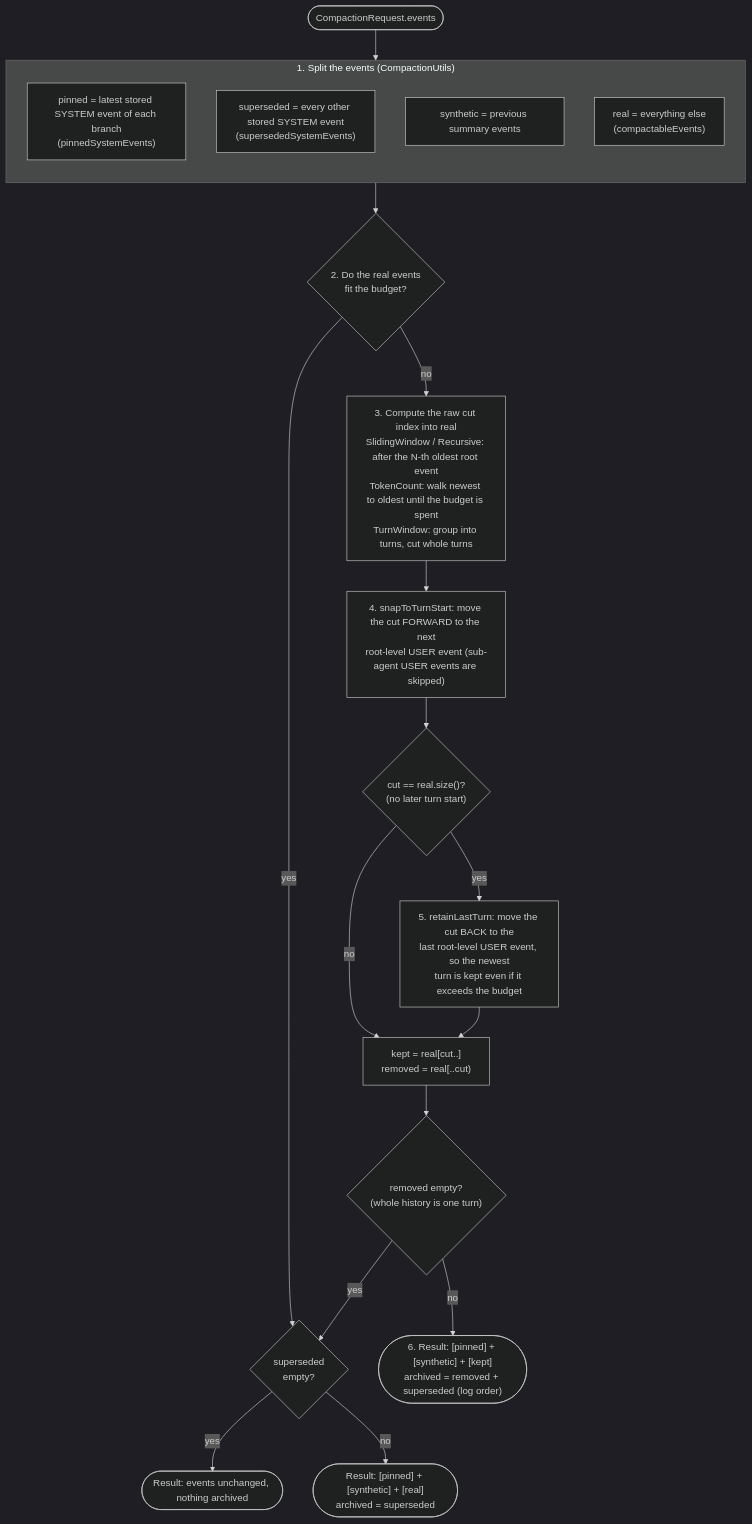
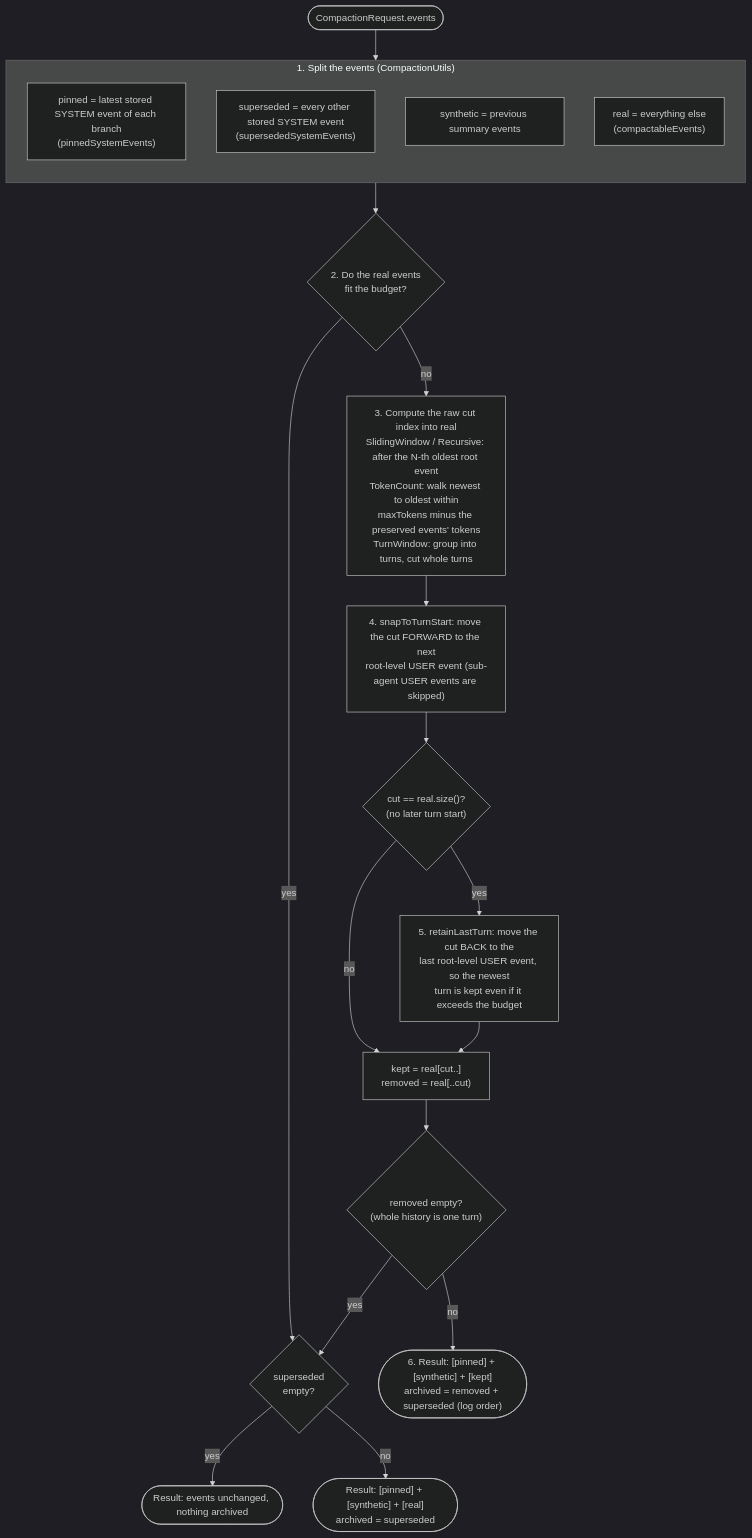
One commit to spring-ai-community/spring-ai-session changed the fifth of 7 diagrams in docs/session-management/compaction-internals.md. Above: the diagram before and after it, drawn with Mermaid (dark theme). The commit also changed 1 other file, not shown here.

Commit message:
reference doc clarification

````diff
--- a/docs/session-management/compaction-internals.md
+++ b/docs/session-management/compaction-internals.md
@@ -255,27 +255,27 @@
 ```mermaid
 flowchart TB
     start([CompactionRequest.events]) --> split
 
     subgraph split["1. Split the events (CompactionUtils)"]
         direction TB
         s1["pinned = latest stored SYSTEM event of each branch<br/>(pinnedSystemEvents)"]
         s2["superseded = every other stored SYSTEM event<br/>(supersededSystemEvents)"]
         s3["synthetic = previous summary events"]
         s4["real = everything else<br/>(compactableEvents)"]
     end
 
     split --> budget{"2. Do the real events<br/>fit the budget?"}
     budget -- yes --> noop{"superseded<br/>empty?"}
     noop -- yes --> r0([Result: events unchanged, nothing archived])
     noop -- no --> r1(["Result: [pinned] + [synthetic] + [real]<br/>archived = superseded"])
 
-    budget -- no --> raw["3. Compute the raw cut index into real<br/>SlidingWindow / Recursive: after the N-th oldest root event<br/>TokenCount: walk newest to oldest until the budget is spent<br/>TurnWindow: group into turns, cut whole turns"]
+    budget -- no --> raw["3. Compute the raw cut index into real<br/>SlidingWindow / Recursive: after the N-th oldest root event<br/>TokenCount: walk newest to oldest within<br/>maxTokens minus the preserved events' tokens<br/>TurnWindow: group into turns, cut whole turns"]
     raw --> snap["4. snapToTurnStart: move the cut FORWARD to the next<br/>root-level USER event (sub-agent USER events are skipped)"]
     snap --> end1{"cut == real.size()?<br/>(no later turn start)"}
     end1 -- no --> cut
     end1 -- yes --> retain["5. retainLastTurn: move the cut BACK to the<br/>last root-level USER event, so the newest<br/>turn is kept even if it exceeds the budget"]
     retain --> cut["kept = real[cut..]<br/>removed = real[..cut)"]
     cut --> empty{"removed empty?<br/>(whole history is one turn)"}
     empty -- yes --> noop
     empty -- no --> r2(["6. Result: [pinned] + [synthetic] + [kept]<br/>archived = removed + superseded (log order)"])
 ```
````
